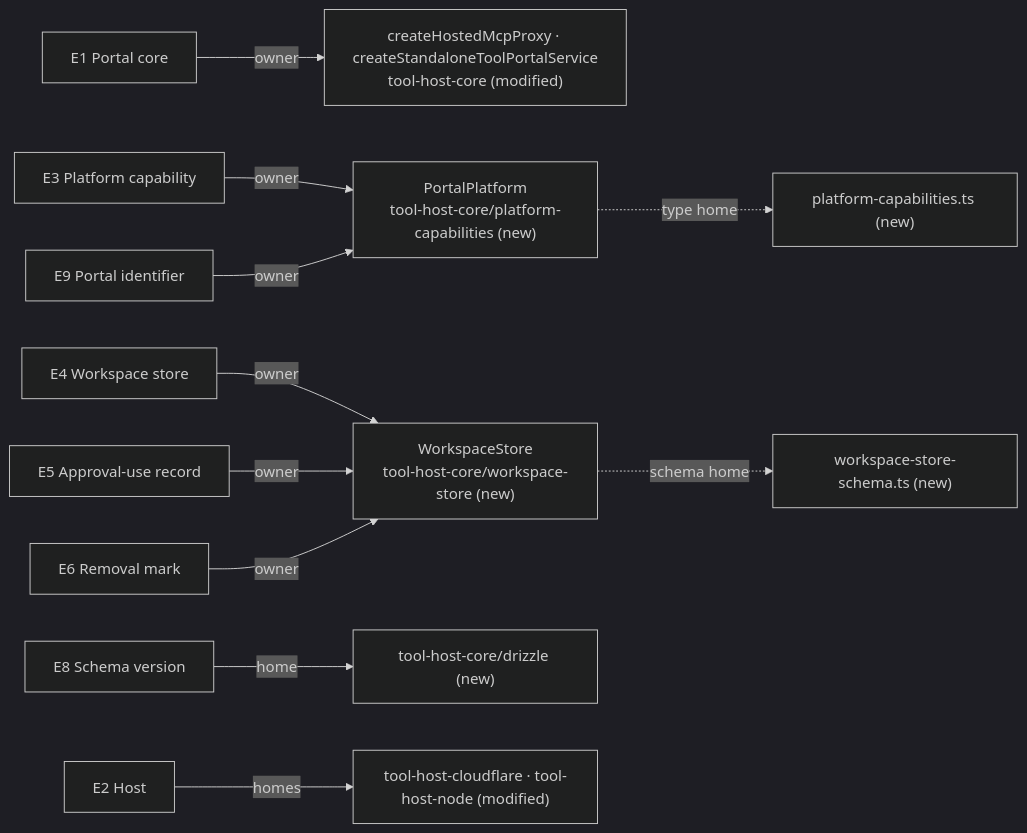
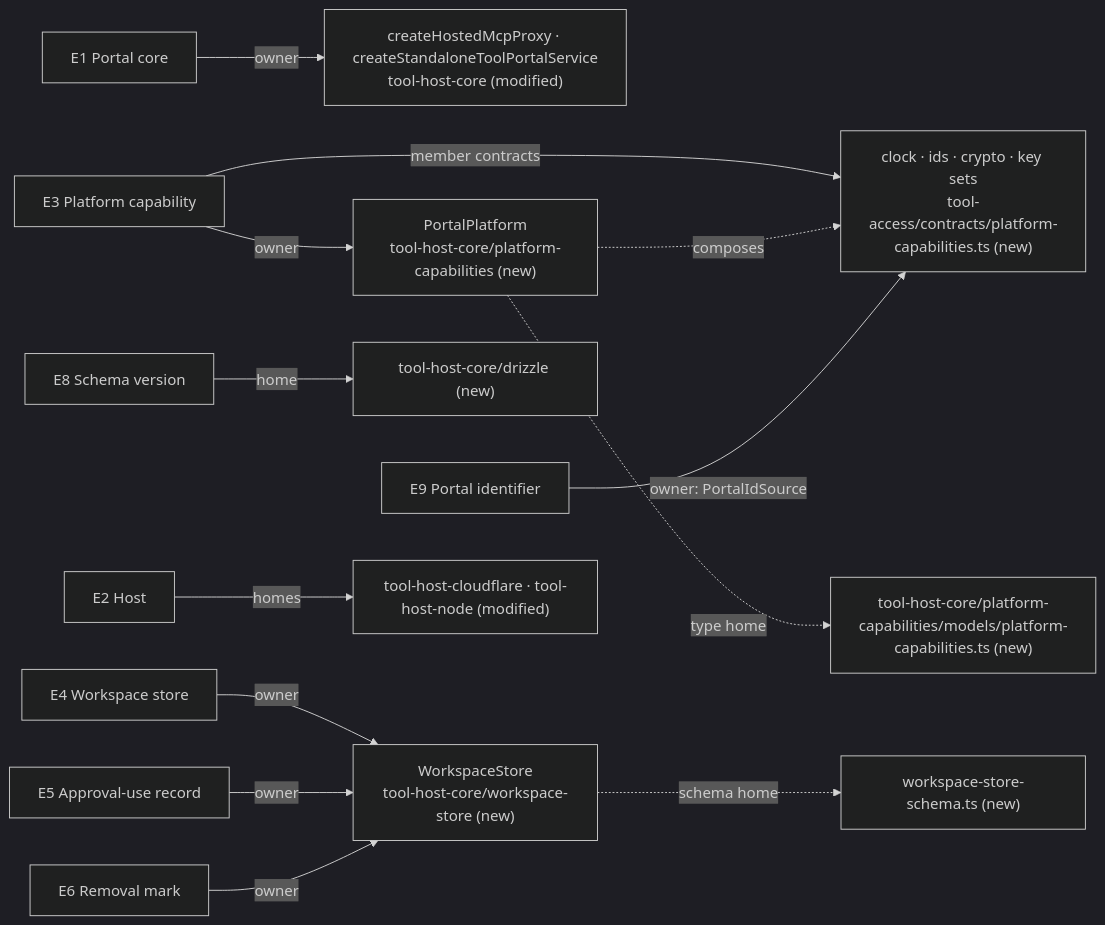
One commit to ShravanSunder/agent-vm changed the second of 5 diagrams in docs/specs/2026-10-24-tool-portal-remediation/program-design.md. Above: the diagram before and after it, drawn with Mermaid (dark theme). The commit also changed other lines of this file and 5 other files, not shown here.

Commit message:
Apply second review to remediation (driver-subpath guard, subject key, key-set capability, host limits, exact caps); remediation page; owner decision page

````diff
--- a/docs/specs/2026-10-24-tool-portal-remediation/program-design.md
+++ b/docs/specs/2026-10-24-tool-portal-remediation/program-design.md
@@ -90,13 +90,15 @@
 ```mermaid
 flowchart LR
   E1["E1 Portal core"] -->|owner| ROOT["createHostedMcpProxy · createStandaloneToolPortalService<br/>tool-host-core (modified)"]
   E3["E3 Platform capability"] -->|owner| PP["PortalPlatform<br/>tool-host-core/platform-capabilities (new)"]
+  E3 -->|member contracts| CC["clock · ids · crypto · key sets<br/>tool-access/contracts/platform-capabilities.ts (new)"]
+  PP -.->|composes| CC
   E4["E4 Workspace store"] -->|owner| WS["WorkspaceStore<br/>tool-host-core/workspace-store (new)"]
   E5["E5 Approval-use record"] -->|owner| WS
   E6["E6 Removal mark"] -->|owner| WS
   E8["E8 Schema version"] -->|home| DK["tool-host-core/drizzle (new)"]
-  E9["E9 Portal identifier"] -->|owner| PP
+  E9["E9 Portal identifier"] -->|owner: PortalIdSource| CC
   E2["E2 Host"] -->|homes| H["tool-host-cloudflare · tool-host-node (modified)"]
   WS -.->|schema home| SCH["workspace-store-schema.ts (new)"]
-  PP -.->|type home| PPT["platform-capabilities.ts (new)"]
+  PP -.->|type home| PPT["tool-host-core/platform-capabilities/models/platform-capabilities.ts (new)"]
 ```
````
